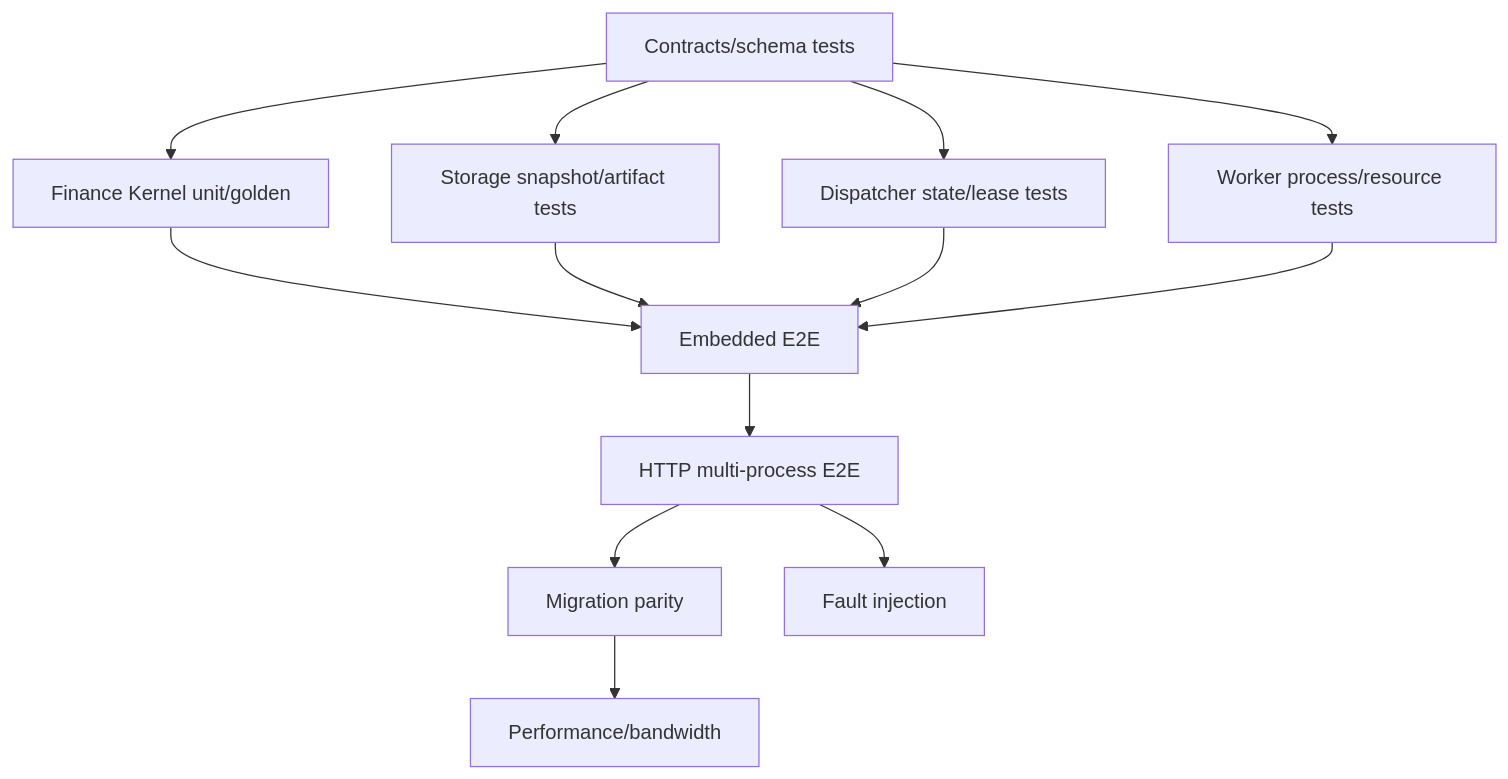
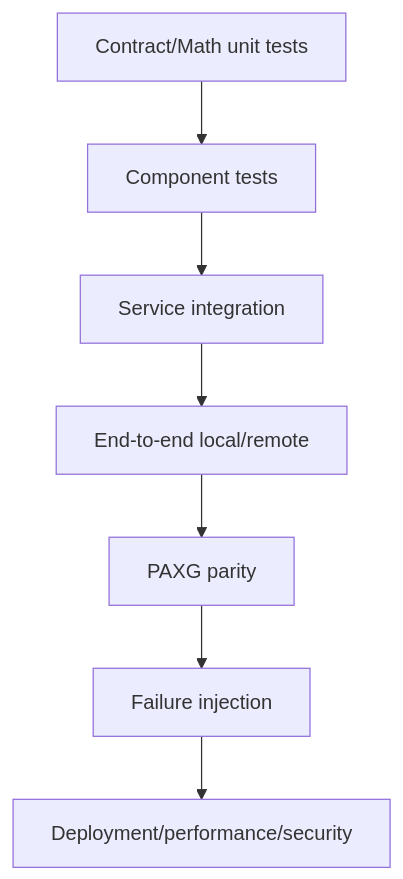
The tenth of 10 diagrams in V31design/designV31/DESIGN_ARCH_V31.md (RESBI/StockStatistic), drawn with Mermaid before and after one commit. The commit also changed other lines of this file and 18 other files, not shown here.

Commit message:
V3.1 docs: finalize architecture and delivery plan

````diff
--- a/V31design/designV31/DESIGN_ARCH_V31.md
+++ b/V31design/designV31/DESIGN_ARCH_V31.md
@@ -593,26 +533,11 @@
 ```mermaid
-graph TB
-    T1[Contracts/schema tests]
-    T2[Finance Kernel unit/golden]
-    T3[Storage snapshot/artifact tests]
-    T4[Dispatcher state/lease tests]
-    T5[Worker process/resource tests]
-    T6[Embedded E2E]
-    T7[HTTP multi-process E2E]
-    T8[Migration parity]
-    T9[Fault injection]
-    T10[Performance/bandwidth]
-
-    T1 --> T2
-    T1 --> T3
-    T1 --> T4
-    T1 --> T5
-    T2 --> T6
-    T3 --> T6
-    T4 --> T6
-    T5 --> T6
-    T6 --> T7
-    T7 --> T8
-    T7 --> T9
-    T8 --> T10
+flowchart TB
+    U[Contract/Math unit tests]
+    C[Component tests]
+    I[Service integration]
+    E[End-to-end local/remote]
+    P[PAXG parity]
+    F[Failure injection]
+    D[Deployment/performance/security]
+    U --> C --> I --> E --> P --> F --> D
 ```
````
